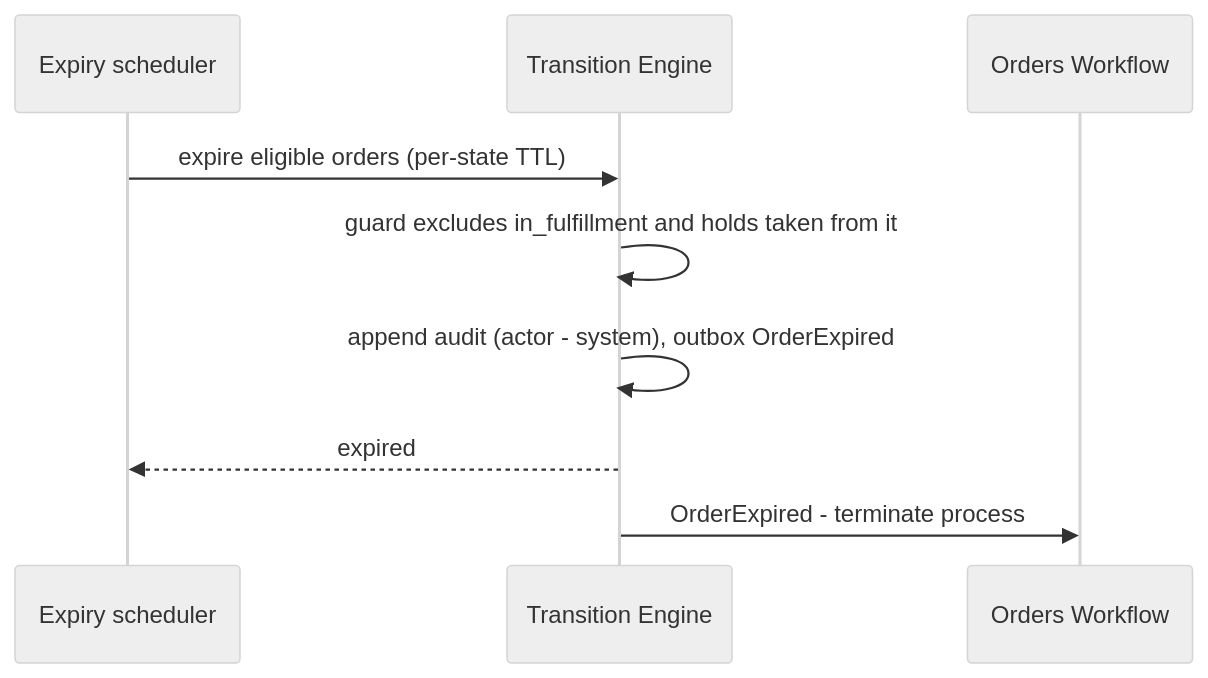
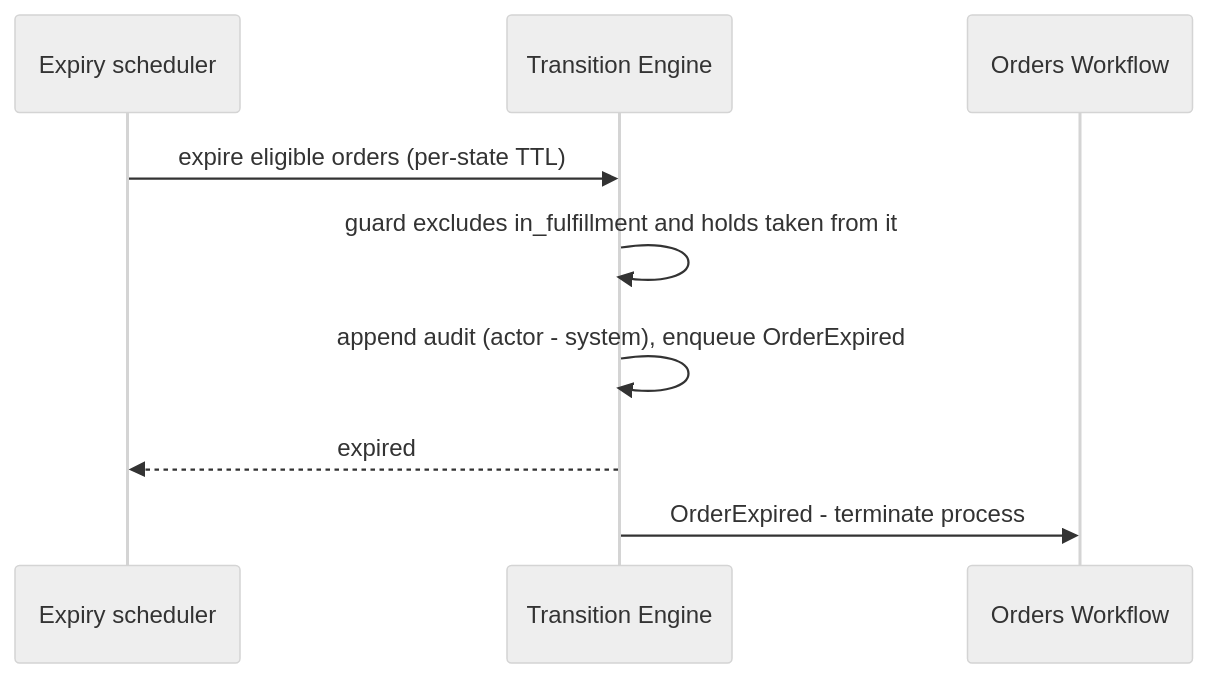
The sixth of 6 diagrams in gears/bss/orders-lifecycle/docs/DESIGN.md (constructorfabric/gears-rust), drawn with Mermaid (neutral theme) before and after one commit. The commit also changed other lines of this file and 33 other files, not shown here.

````diff
--- a/gears/bss/orders-lifecycle/docs/DESIGN.md
+++ b/gears/bss/orders-lifecycle/docs/DESIGN.md
@@ -890,11 +921,11 @@
 ```mermaid
 sequenceDiagram
     participant T as Expiry scheduler
     participant E as Transition Engine
     participant W as Orders Workflow
     T ->> E: expire eligible orders (per-state TTL)
     E ->> E: guard excludes in_fulfillment and holds taken from it
-    E ->> E: append audit (actor - system), outbox OrderExpired
+    E ->> E: append audit (actor - system), enqueue OrderExpired
     E -->> T: expired
     E ->> W: OrderExpired - terminate process
 ```
````
